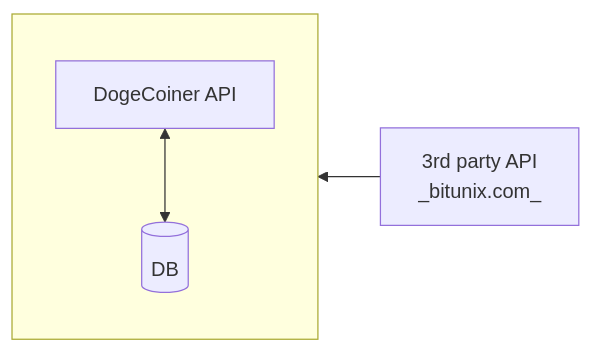
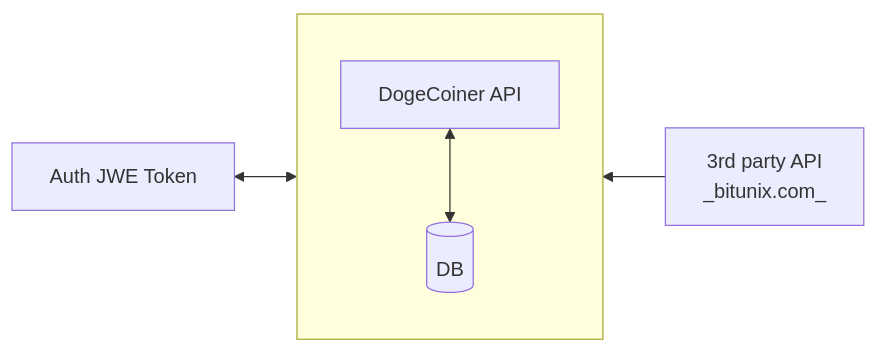
One commit to abardandev/tech-docs changed the third of 4 diagrams in tech-docs/docs/index.md. Above: the diagram before and after it, drawn with Mermaid. The commit also changed other lines of this file and 1 other file, not shown here.

````diff
--- a/tech-docs/docs/index.md
+++ b/tech-docs/docs/index.md
@@ -79,8 +93,11 @@
 ```mermaid
 flowchart RL
+    S1 <--> G[Auth JWE Token]
+
     subgraph S1[ ]
         direction TB
         B[DogeCoiner API] <--> C[(DB)];
     end
+    
     D[3rd party API<br>_bitunix.com_] --> S1;
 ```
````
